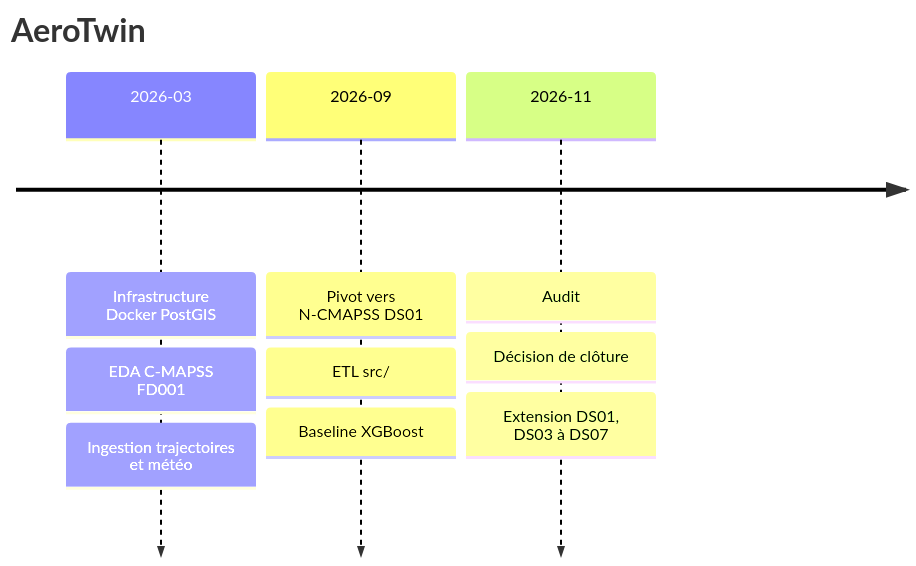
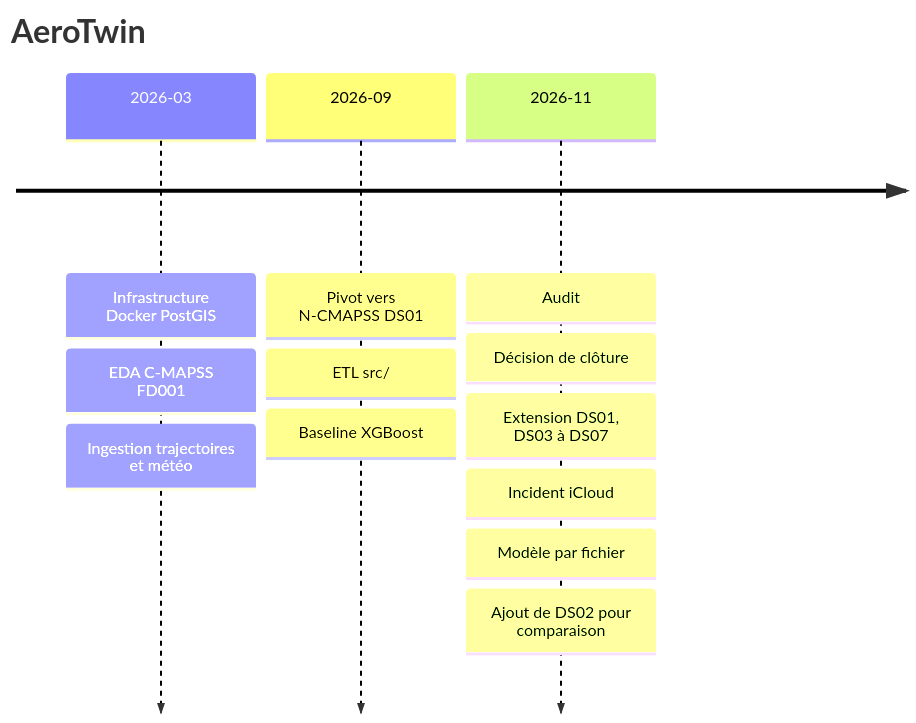
One commit to Willthethreat8/aerotwin changed the diagram in docs/CHRONOLOGIE.md. Above: the diagram before and after it, drawn with Mermaid. The commit also changed other lines of this file and 2 other files, not shown here.

Commit message:
Consigne l'incident iCloud et la décision d'ajouter DS02

````diff
--- a/docs/CHRONOLOGIE.md
+++ b/docs/CHRONOLOGIE.md
@@ -3,7 +3,7 @@
 ```mermaid
 timeline
     title AeroTwin
     2026-03 : Infrastructure Docker PostGIS : EDA C-MAPSS FD001 : Ingestion trajectoires et météo
     2026-09 : Pivot vers N-CMAPSS DS01 : ETL src/ : Baseline XGBoost
-    2026-11 : Audit : Décision de clôture : Extension DS01, DS03 à DS07
+    2026-11 : Audit : Décision de clôture : Extension DS01, DS03 à DS07 : Incident iCloud : Modèle par fichier : Ajout de DS02 pour comparaison
 ```
````
